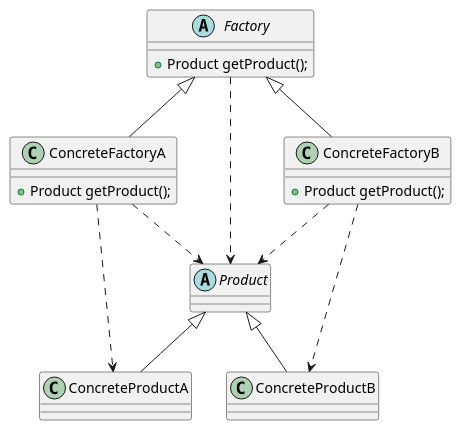
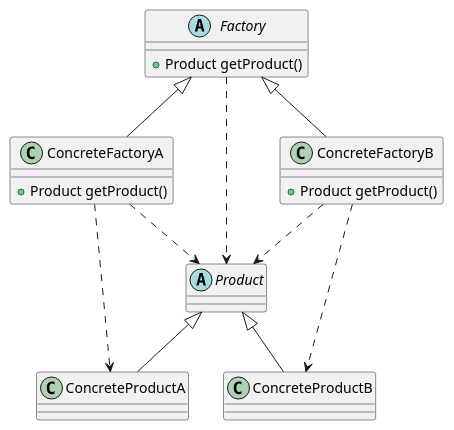
Before and after one commit to mrathena/design.pattern: the diagram in src/main/java/com/mrathena/design/pattern/build/factory/method/pattern/factory.method.pattern.puml, drawn with PlantUML. The commit also changed 9 other files, not shown here.

```diff
--- a/src/main/java/com/mrathena/design/pattern/build/factory/method/pattern/factory.method.pattern.puml
+++ b/src/main/java/com/mrathena/design/pattern/build/factory/method/pattern/factory.method.pattern.puml
@@ -1,21 +1,21 @@
 @startuml
 
 abstract class Product
 class ConcreteProductA extends Product
 class ConcreteProductB extends Product
 abstract class Factory {
-    + Product getProduct();
+    + Product getProduct()
 }
 class ConcreteFactoryA extends Factory {
-    + Product getProduct();
+    + Product getProduct()
 }
 class ConcreteFactoryB extends Factory {
-    + Product getProduct();
+    + Product getProduct()
 }
 Factory ..> Product
 ConcreteFactoryA ..> Product
 ConcreteFactoryB ..> Product
 ConcreteFactoryA ..> ConcreteProductA
 ConcreteFactoryB ..> ConcreteProductB
 
 @enduml
```
